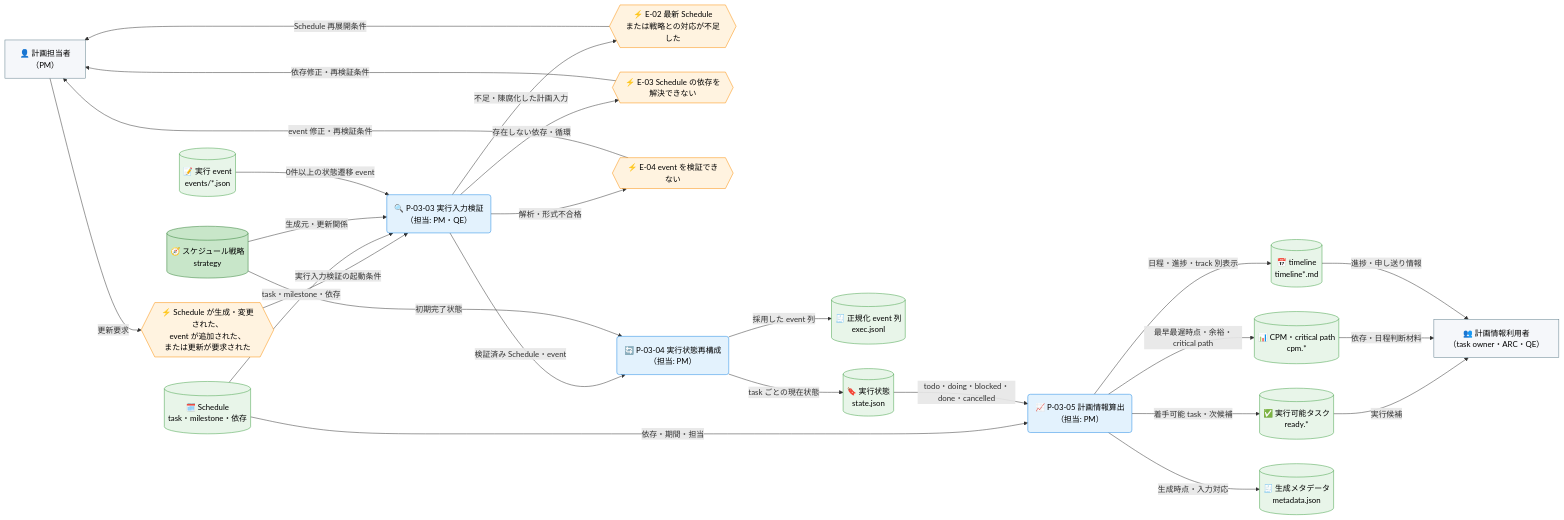
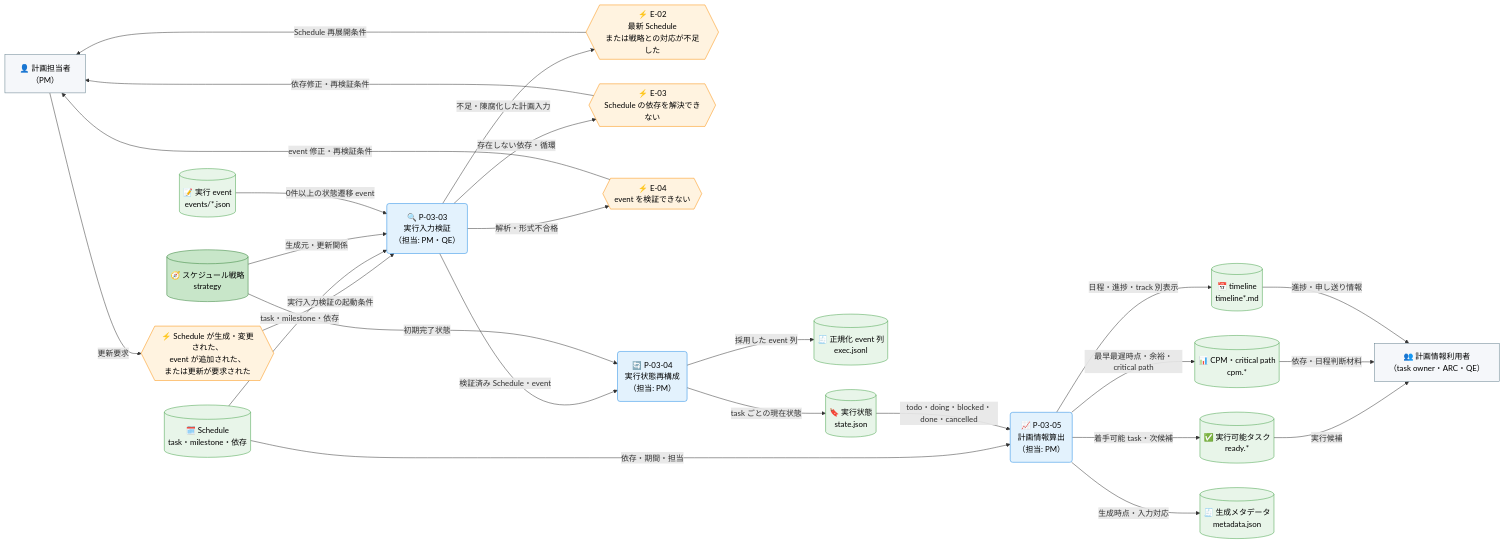
The second of 2 diagrams in docs/ja/product/010-business-specs/010-data-flow/cdfd-catalog-planning.md (specdojo/specdojo), drawn with Mermaid before and after one commit. The commit also changed other lines of this file and 7 other files, not shown here.

````diff
--- a/docs/ja/product/010-business-specs/010-data-flow/cdfd-catalog-planning.md
+++ b/docs/ja/product/010-business-specs/010-data-flow/cdfd-catalog-planning.md
@@ -105,63 +105,63 @@
 ```mermaid
 flowchart LR
   classDef process fill:#e3f2fd,stroke:#1e88e5,color:#000
   classDef event fill:#fff3e0,stroke:#fb8c00,color:#000
   classDef storeMaster fill:#c8e6c9,stroke:#2e7d32,color:#000
   classDef storeTransaction fill:#e8f5e9,stroke:#43a047,color:#000
   classDef actor fill:#f5f7fa,stroke:#607d8b,color:#000
 
   計画担当者["👤 計画担当者<br>（PM）"]
   計画情報利用者["👥 計画情報利用者<br>（task owner・ARC・QE）"]
 
   計画情報更新{{"⚡ Schedule が生成・変更された、<br>event が追加された、<br>または更新が要求された"}}
-  戦略不足{{"⚡ E-02 最新 Schedule<br>または戦略との対応が不足した"}}
-  依存解決失敗{{"⚡ E-03 Schedule の依存を解決できない"}}
-  event不正{{"⚡ E-04 event を検証できない"}}
+  戦略不足{{"⚡ E-02<br>最新 Schedule<br>または戦略との対応が不足した"}}
+  依存解決失敗{{"⚡ E-03<br>Schedule の依存を解決できない"}}
+  event不正{{"⚡ E-04<br>event を検証できない"}}
 
-  実行入力検証("🔍 P-03-03 実行入力検証<br>（担当: PM・QE）")
-  実行状態再構成("🔄 P-03-04 実行状態再構成<br>（担当: PM）")
-  計画情報算出("📈 P-03-05 計画情報算出<br>（担当: PM）")
+  実行入力検証("🔍 P-03-03<br>実行入力検証<br>（担当: PM・QE）")
+  実行状態再構成("🔄 P-03-04<br>実行状態再構成<br>（担当: PM）")
+  計画情報算出("📈 P-03-05<br>計画情報算出<br>（担当: PM）")
 
   スケジュール戦略[("🧭 スケジュール戦略<br>strategy")]
   Schedule[("🗓️ Schedule<br>task・milestone・依存")]
   実行event[("📝 実行 event<br>events/*.json")]
   正規化event列[("🧾 正規化 event 列<br>exec.jsonl")]
   実行状態[("🔖 実行状態<br>state.json")]
   Ready[("✅ 実行可能タスク<br>ready.*")]
   CPM[("📊 CPM・critical path<br>cpm.*")]
   timeline[("📅 timeline<br>timeline*.md")]
   生成メタデータ[("🧾 生成メタデータ<br>metadata.json")]
 
   計画担当者 -->|"更新要求"| 計画情報更新
   計画情報更新 -->|"実行入力検証の起動条件"| 実行入力検証
   Schedule -->|"task・milestone・依存"| 実行入力検証
   スケジュール戦略 -->|"生成元・更新関係"| 実行入力検証
   実行event -->|"0件以上の状態遷移 event"| 実行入力検証
   実行入力検証 -->|"不足・陳腐化した計画入力"| 戦略不足
   実行入力検証 -->|"存在しない依存・循環"| 依存解決失敗
   実行入力検証 -->|"解析・形式不合格"| event不正
   戦略不足 -->|"Schedule 再展開条件"| 計画担当者
   依存解決失敗 -->|"依存修正・再検証条件"| 計画担当者
   event不正 -->|"event 修正・再検証条件"| 計画担当者
 
   実行入力検証 -->|"検証済み Schedule・event"| 実行状態再構成
   スケジュール戦略 -->|"初期完了状態"| 実行状態再構成
   実行状態再構成 -->|"採用した event 列"| 正規化event列
   実行状態再構成 -->|"task ごとの現在状態"| 実行状態
   Schedule -->|"依存・期間・担当"| 計画情報算出
   実行状態 -->|"todo・doing・blocked・done・cancelled"| 計画情報算出
   計画情報算出 -->|"着手可能 task・次候補"| Ready
   計画情報算出 -->|"最早最遅時点・余裕・critical path"| CPM
   計画情報算出 -->|"日程・進捗・track 別表示"| timeline
   計画情報算出 -->|"生成時点・入力対応"| 生成メタデータ
 
   Ready -->|"実行候補"| 計画情報利用者
   CPM -->|"依存・日程判断材料"| 計画情報利用者
   timeline -->|"進捗・申し送り情報"| 計画情報利用者
 
   class 実行入力検証,実行状態再構成,計画情報算出 process
   class 計画情報更新,戦略不足,依存解決失敗,event不正 event
   class スケジュール戦略 storeMaster
   class Schedule,実行event,正規化event列,実行状態,Ready,CPM,timeline,生成メタデータ storeTransaction
   class 計画担当者,計画情報利用者 actor
 ```
````
